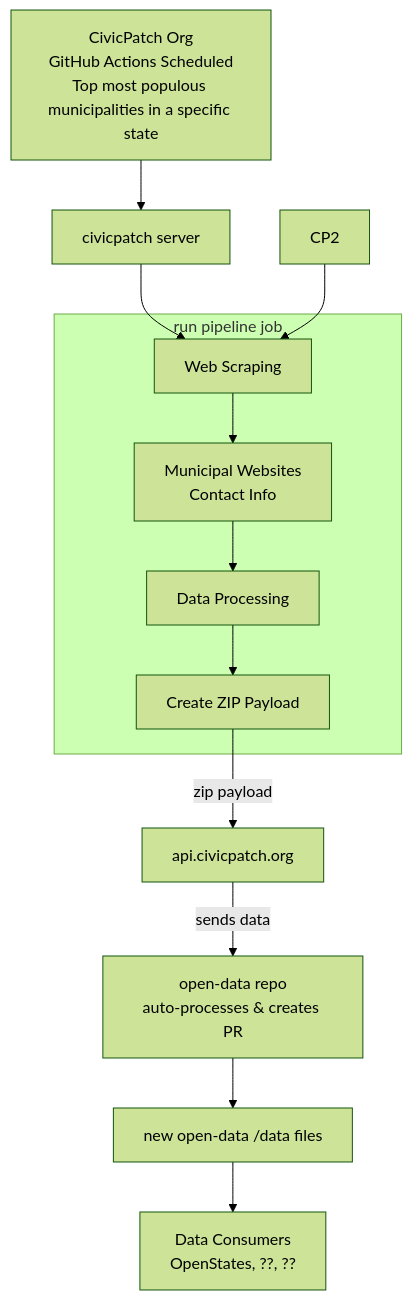
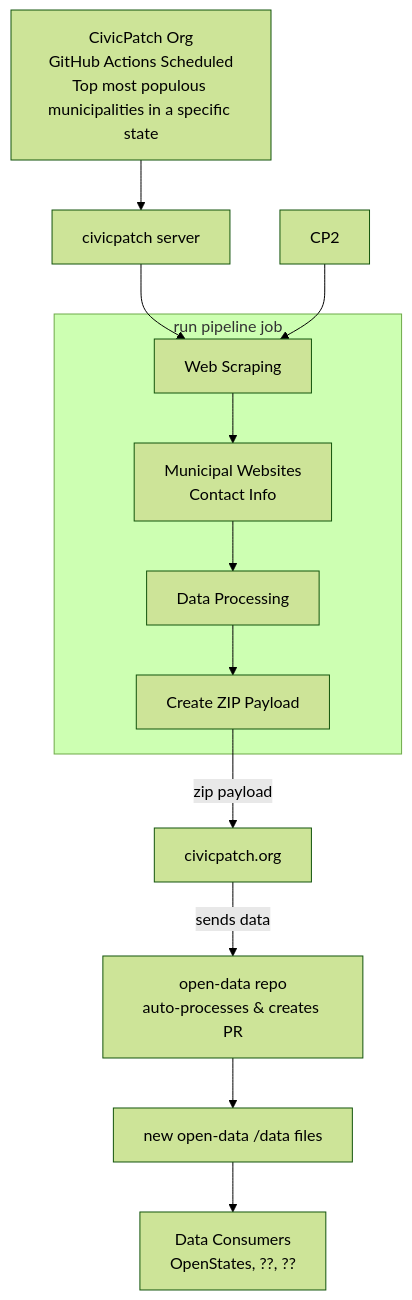
Before and after one commit to CivicPatch/civicpatch-tools: the diagram in README.md, drawn with Mermaid (forest theme). The commit also changed other lines of this file and 357 other files, not shown here.

Commit message:
Rename api.civicpatch.org -> civicpatch.org

````diff
--- a/README.md
+++ b/README.md
@@ -32,28 +32,28 @@
 ```mermaid
 graph TD
     %% Trigger Sources
     A1[CivicPatch Org<br/>GitHub Actions Scheduled<br/>Top most populous municipalities in a specific state] 
     
     %% civicpatch servers with internal pipeline
     A1 --> CP1[civicpatch server]
     
     subgraph "run pipeline job"
         SCRAPE[Web Scraping] --> S[Municipal Websites<br/>Contact Info]
         S --> PROCESS[Data Processing]
         PROCESS --> ZIP[Create ZIP Payload]
     end
     
-    %% Data flow to api.civicpatch.org
+    %% Data flow to civicpatch.org
     CP1 --> SCRAPE
     CP2 --> SCRAPE
-    ZIP -->|zip payload| C[api.civicpatch.org]
+    ZIP -->|zip payload| C[civicpatch.org]
     
-    %% Simplified: api.civicpatch.org sends to open-data, which auto-processes
+    %% Simplified: civicpatch.org sends to open-data, which auto-processes
     C -->|sends data| OD[open-data repo<br/>auto-processes & creates PR]
     
     %% Final data available
     OD --> DATA["new open-data /data files"]
     
     %% Data consumers
     DATA --> DC[Data Consumers<br/>OpenStates, ??, ??]
 ```
````
